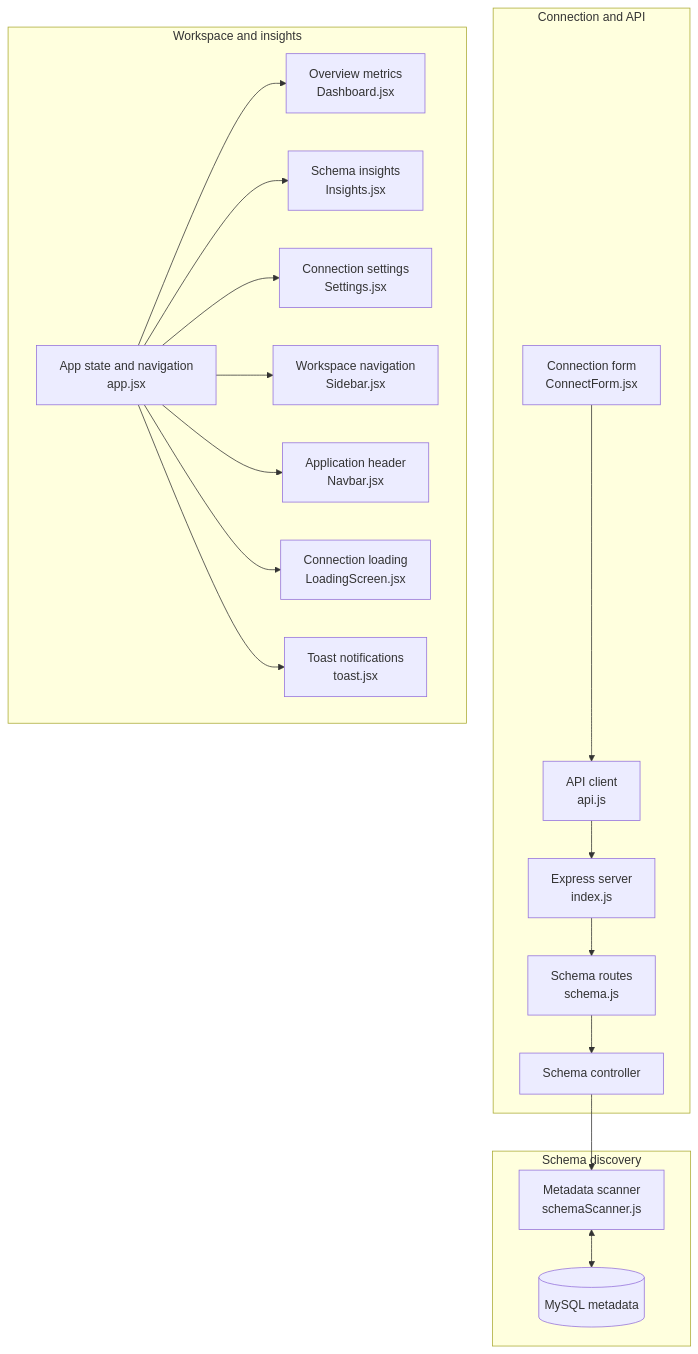
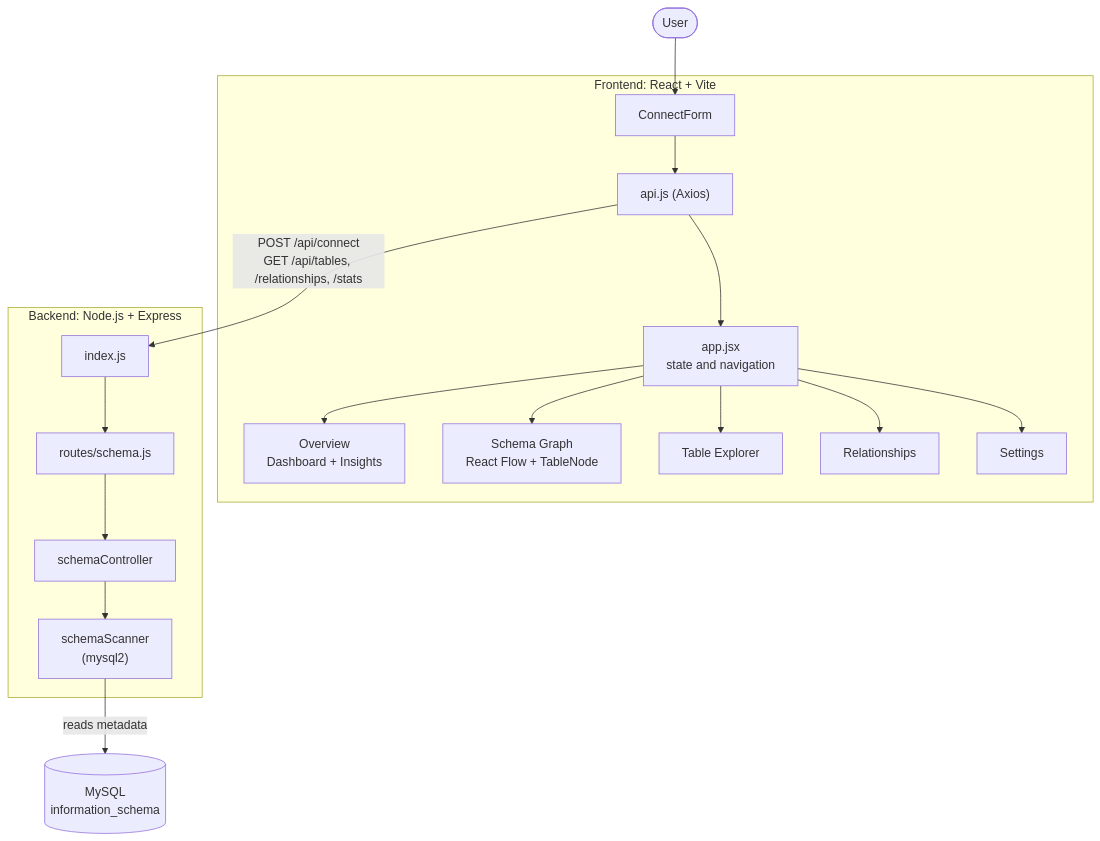
The diagram in Readme.md (kanishka373/SchemaLens), drawn with Mermaid before and after one commit. The commit also changed other lines of this file, not shown here.

Commit message:
Fix architecture diagram in README

````diff
--- a/Readme.md
+++ b/Readme.md
@@ -34,41 +32,23 @@
 ```mermaid
 flowchart TD
-    subgraph group_connection["Connection and API"]
-        node_connect_form["Connection form<br/>ConnectForm.jsx"]
-        node_api_client["API client<br/>api.js"]
-        node_express_server["Express server<br/>index.js"]
-        node_schema_routes["Schema routes<br/>schema.js"]
-        node_schema_controller["Schema controller"]
+    User([User]) --> Form
+
+    subgraph FE["Frontend: React + Vite"]
+        Form["ConnectForm"] --> API["api.js (Axios)"]
+        API --> App["app.jsx<br/>state and navigation"]
+        App --> Overview["Overview<br/>Dashboard + Insights"]
+        App --> Graph["Schema Graph<br/>React Flow + TableNode"]
+        App --> Explorer["Table Explorer"]
+        App --> Rel["Relationships"]
+        App --> Settings["Settings"]
     end
 
-    subgraph group_discovery["Schema discovery"]
-        node_scanner["Metadata scanner<br/>schemaScanner.js"]
-        node_mysql[("MySQL metadata")]
+    subgraph BE["Backend: Node.js + Express"]
+        Server["index.js"] --> Routes["routes/schema.js"]
+        Routes --> Controller["schemaController"]
+        Controller --> Scanner["schemaScanner<br/>(mysql2)"]
     end
 
-    subgraph group_workspace["Workspace and insights"]
-        node_app["App state and navigation<br/>app.jsx"]
-        node_dashboard["Overview metrics<br/>Dashboard.jsx"]
-        node_insights["Schema insights<br/>Insights.jsx"]
-        node_settings["Connection settings<br/>Settings.jsx"]
-        node_sidebar["Workspace navigation<br/>Sidebar.jsx"]
-        node_navbar["Application header<br/>Navbar.jsx"]
-        node_loading["Connection loading<br/>LoadingScreen.jsx"]
-        node_toast["Toast notifications<br/>toast.jsx"]
-    end
-
-    node_connect_form --> node_api_client
-    node_api_client --> node_express_server
-    node_express_server --> node_schema_routes
-    node_schema_routes --> node_schema_controller
-    node_schema_controller --> node_scanner
-    node_scanner <--> node_mysql
-
-    node_app --> node_dashboard
-    node_app --> node_insights
-    node_app --> node_settings
-    node_app --> node_sidebar
-    node_app --> node_navbar
-    node_app --> node_loading
-    node_app --> node_toast
+    API -- "POST /api/connect<br/>GET /api/tables, /relationships, /stats" --> Server
+    Scanner -- "reads metadata" --> DB[("MySQL<br/>information_schema")]
 ```
````
